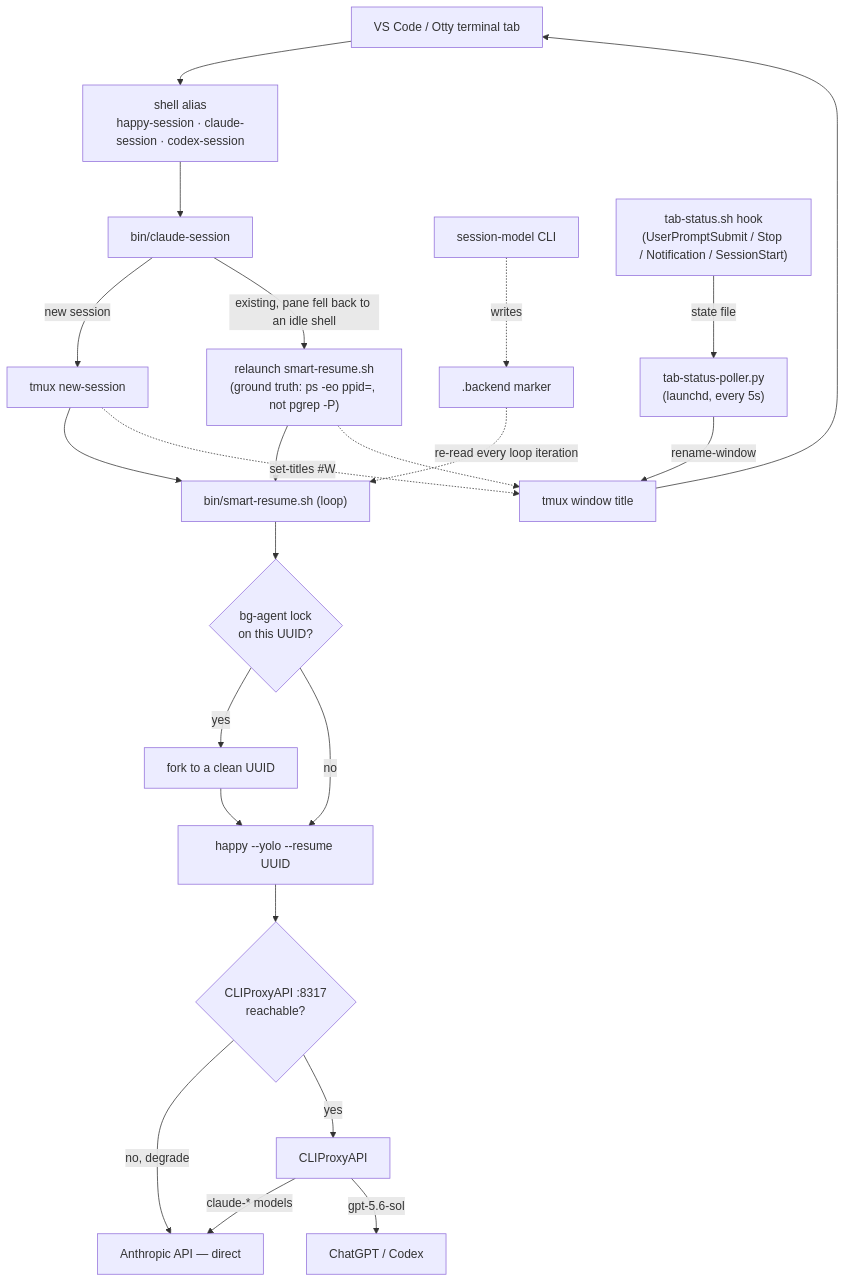
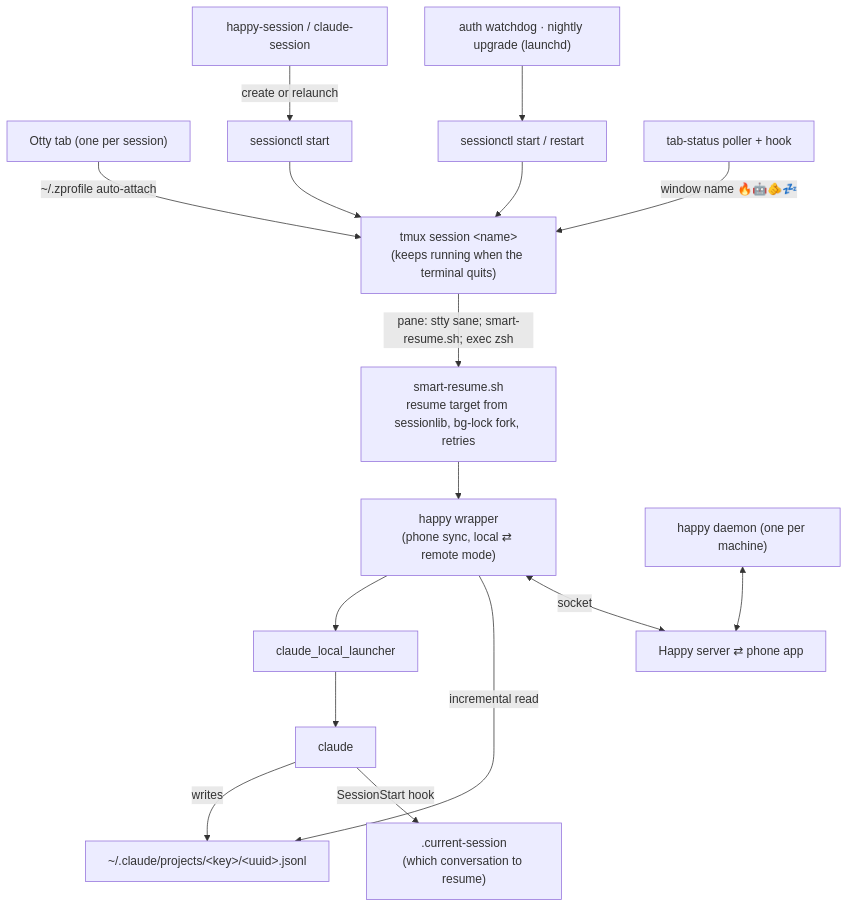
Before and after one commit to buallen/claude-workspace-setup: the diagram in README.md, drawn with Mermaid. The commit also changed other lines of this file and 3 other files, not shown here.

First line of the commit message:
docs, setup: describe the current architecture; install sessionctl and hooks

````diff
--- a/README.md
+++ b/README.md
@@ -38,29 +32,17 @@
 ```mermaid
 flowchart TD
-    A["VS Code / Otty terminal tab"] --> B["shell alias<br/>happy-session · claude-session · codex-session"]
-    B --> C["bin/claude-session"]
-    C -->|"new session"| D["tmux new-session"]
-    C -->|"existing, pane fell back to an idle shell"| E["relaunch smart-resume.sh<br/>(ground truth: ps -eo ppid=, not pgrep -P)"]
-    D --> F
-    E --> F
-
-    F["bin/smart-resume.sh (loop)"] --> G{"bg-agent lock<br/>on this UUID?"}
-    G -->|yes| H["fork to a clean UUID"] --> I
-    G -->|no| I["happy --yolo --resume UUID"]
-
-    J["session-model CLI"] -.->|writes| K[".backend marker"]
-    K -.->|"re-read every loop iteration"| F
-
-    I --> L{"CLIProxyAPI :8317<br/>reachable?"}
-    L -->|no, degrade| M["Anthropic API — direct"]
-    L -->|yes| N["CLIProxyAPI"]
-    N -->|"claude-* models"| M
-    N -->|"gpt-5.6-sol"| O["ChatGPT / Codex"]
-
-    D -.->|"set-titles #W"| P["tmux window title"]
-    E -.-> P
-    P --> A
-
-    Q["tab-status-poller.py<br/>(launchd, every 5s)"] -->|rename-window| P
-    R["tab-status.sh hook<br/>(UserPromptSubmit / Stop / Notification / SessionStart)"] -->|state file| Q
+    T["Otty tab (one per session)"] -->|"~/.zprofile auto-attach"| X["tmux session &lt;name&gt;<br/>(keeps running when the terminal quits)"]
+    A["happy-session / claude-session"] -->|"create or relaunch"| S["sessionctl start"]
+    W["auth watchdog · nightly upgrade (launchd)"] --> R["sessionctl start / restart"]
+    S --> X
+    R --> X
+    X -->|"pane: stty sane; smart-resume.sh; exec zsh"| SR["smart-resume.sh<br/>resume target from sessionlib, bg-lock fork, retries"]
+    SR --> H["happy wrapper<br/>(phone sync, local ⇄ remote mode)"]
+    H --> L["claude_local_launcher"] --> C["claude"]
+    C -->|"writes"| J["~/.claude/projects/&lt;key&gt;/&lt;uuid&gt;.jsonl"]
+    C -->|"SessionStart hook"| M[".current-session<br/>(which conversation to resume)"]
+    H -->|"incremental read"| J
+    H <-->|"socket"| P["Happy server ⇄ phone app"]
+    D["happy daemon (one per machine)"] <--> P
+    TS["tab-status poller + hook"] -->|"window name 🔥🤖🫵💤"| X
 ```
````
